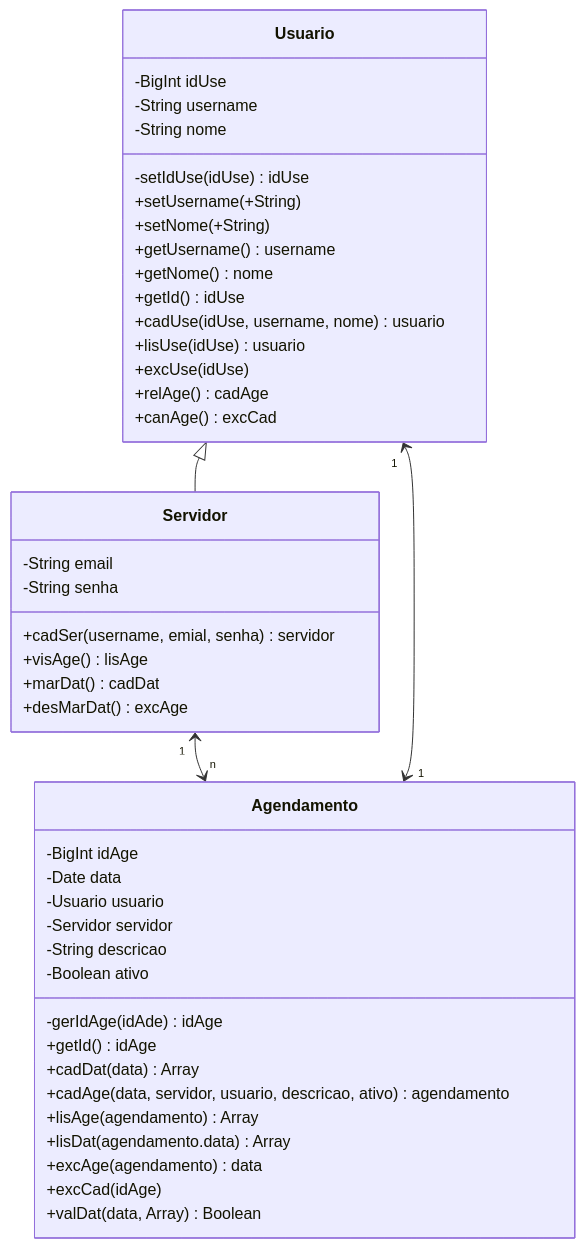
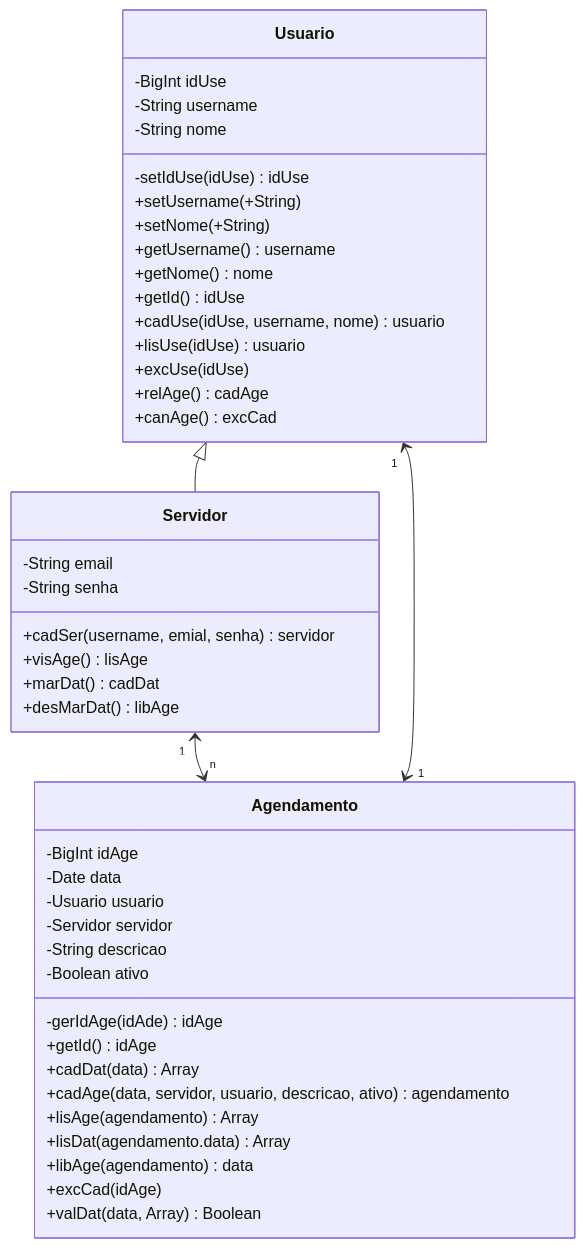
One commit to Gedsonfa/ScheduleSphere changed the diagram in docs/DocumentoModelos.md. Above: the diagram before and after it, drawn with Mermaid. The commit also changed other lines of this file and 1 other file, not shown here.

````diff
--- a/docs/DocumentoModelos.md
+++ b/docs/DocumentoModelos.md
@@ -3,49 +3,49 @@
 ```mermaid
 
     classDiagram
     class Servidor
     Servidor : -String email
     Servidor : -String senha
     Servidor : +cadSer(username, emial, senha)servidor
     Servidor : +visAge()lisAge
     Servidor : +marDat()cadDat
-    Servidor : +desMarDat()excAge
+    Servidor : +desMarDat()libAge
 
     class Agendamento
     Agendamento : -BigInt idAge
     Agendamento : -Date data
     Agendamento : -Usuario usuario
     Agendamento : -Servidor servidor
     Agendamento : -String descricao
     Agendamento : -Boolean ativo
     Agendamento : -gerIdAge(idAde)idAge
     Agendamento : +getId()idAge
     Agendamento : +cadDat(data)Array
     Agendamento : +cadAge(data, servidor, usuario, descricao, ativo)agendamento
     Agendamento : +lisAge(agendamento)Array
     Agendamento : +lisDat(agendamento.data)Array
-    Agendamento : +excAge(agendamento)data
+    Agendamento : +libAge(agendamento)data
     Agendamento : +excCad(idAge)
     Agendamento : +valDat(data, Array)Boolean
 
     class Usuario
     Usuario : -BigInt idUse
     Usuario : -String username
     Usuario : -String nome
     Usuario : -setIdUse(idUse)idUse
     Usuario : +setUsername(+String)
     Usuario : +setNome(+String)
     Usuario : +getUsername()username
     Usuario : +getNome()nome
     Usuario : +getId()idUse
     Usuario : +cadUse(idUse, username, nome)usuario
     Usuario : +lisUse(idUse)usuario
     Usuario : +excUse(idUse)
     Usuario : +relAge()cadAge
     Usuario : +canAge()excCad
 
     Usuario <|-- Servidor
     Servidor "1" <--> "n" Agendamento
     Usuario "1" <--> "1" Agendamento
 
 ```
````
